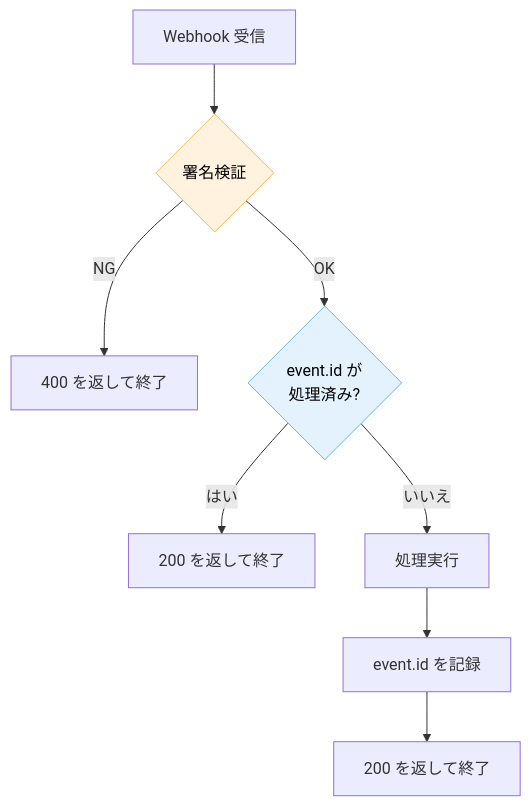
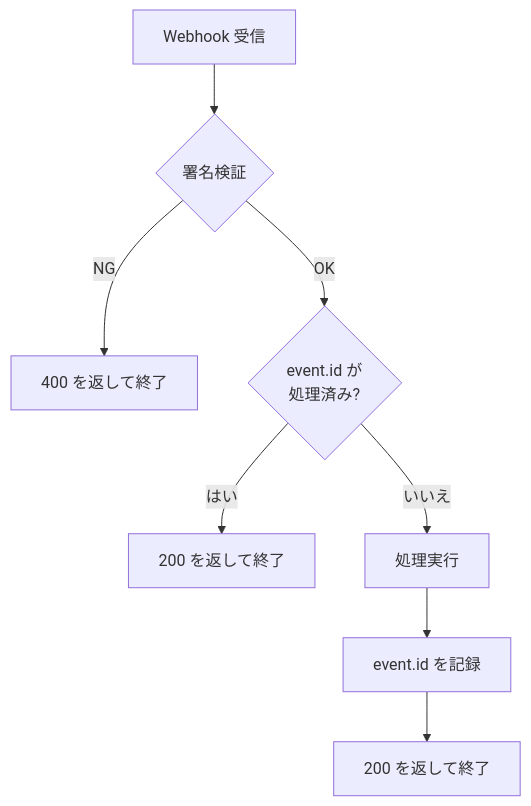
One commit to dinekt/dinekt-wiki changed the second of 2 diagrams in docs/case-studies/stripe-webhook-を-nextjs-で安全に実装する.md. Above: the diagram before and after it, drawn with Mermaid. The commit also changed 70 other files, not shown here.

First line of the commit message:
fix(mermaid): strip all inline styling, rely on theme

````diff
--- a/docs/case-studies/stripe-webhook-を-nextjs-で安全に実装する.md
+++ b/docs/case-studies/stripe-webhook-を-nextjs-で安全に実装する.md
@@ -81,13 +81,11 @@
 ```mermaid
 flowchart TD
     E[Webhook 受信] --> V{署名検証}
     V -->|NG| R1[400 を返して終了]
     V -->|OK| D{event.id が<br/>処理済み?}
     D -->|はい| R2[200 を返して終了]
     D -->|いいえ| P[処理実行]
     P --> M[event.id を記録]
     M --> R3[200 を返して終了]
 
-    style V fill:#fff3e0,stroke:#ffb74d,color:#000
-    style D fill:#e3f2fd,stroke:#64b5f6,color:#000
 ```
````
